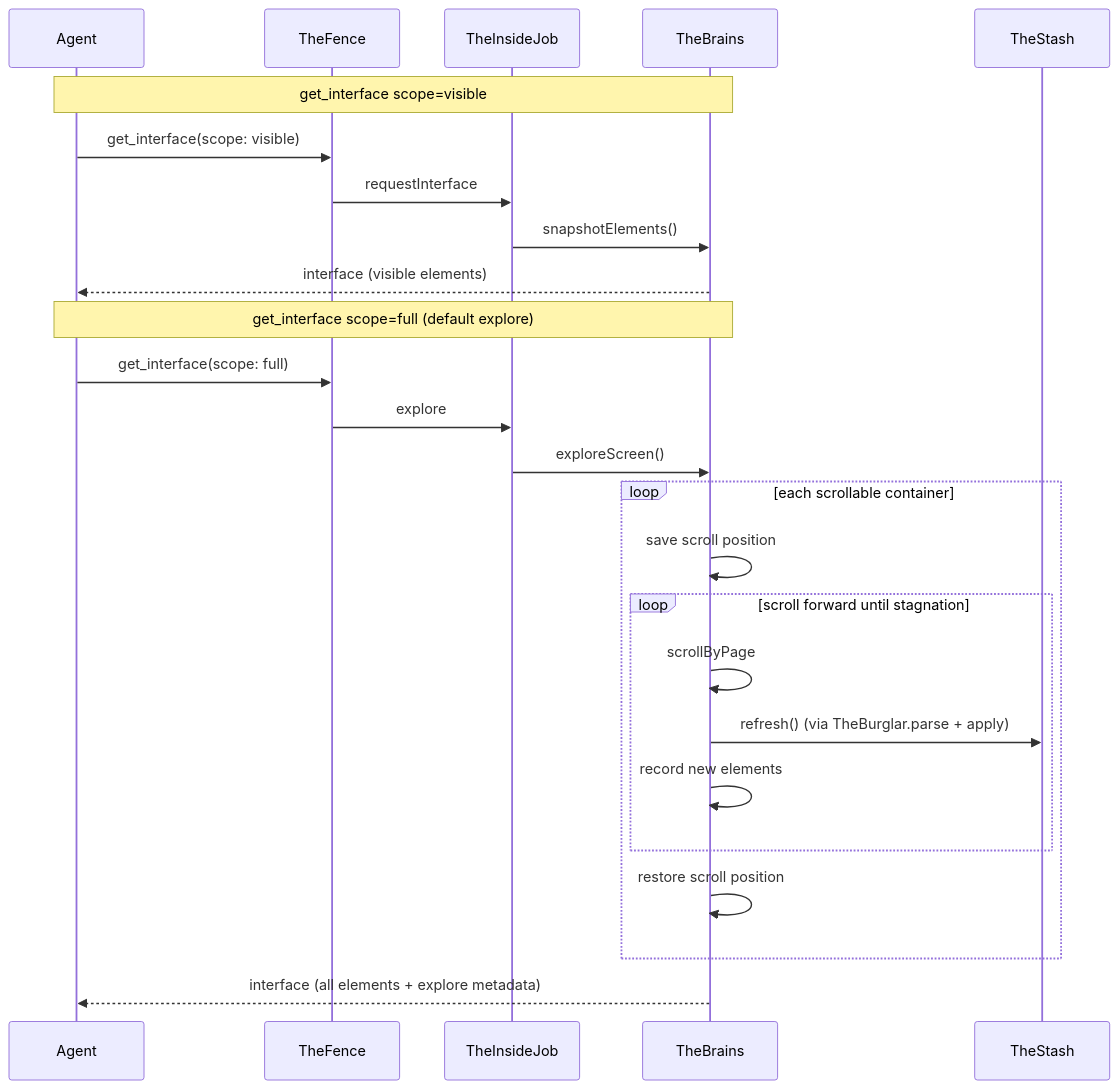
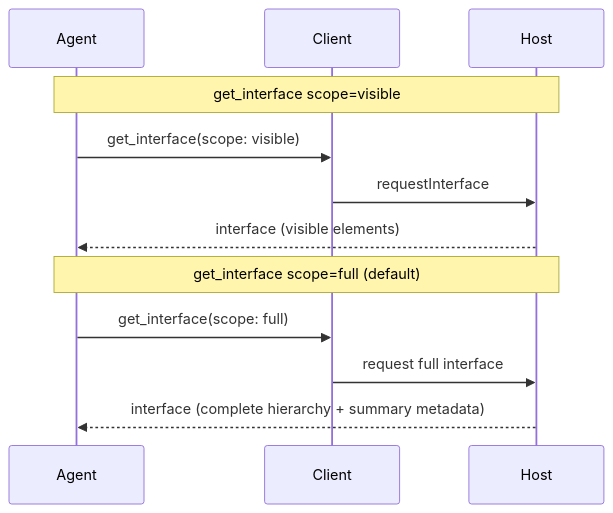
Before and after one commit to RoyalPineapple/TheButtonHeist: the second of 5 diagrams in docs/WIRE-PROTOCOL.md, drawn with Mermaid. The commit also changed other lines of this file and 13 other files, not shown here.

````diff
--- a/docs/WIRE-PROTOCOL.md
+++ b/docs/WIRE-PROTOCOL.md
@@ -911,30 +911,16 @@
 ```mermaid
 sequenceDiagram
     participant Agent
-    participant TheFence
-    participant TheInsideJob
-    participant TheBrains
+    participant Client
+    participant Host
 
-    Note over Agent,TheBrains: get_interface scope=visible
-    Agent->>TheFence: get_interface(scope: visible)
-    TheFence->>TheInsideJob: requestInterface
-    TheInsideJob->>TheBrains: snapshotElements()
-    TheBrains-->>Agent: interface (visible elements)
+    Note over Agent,Host: get_interface scope=visible
+    Agent->>Client: get_interface(scope: visible)
+    Client->>Host: requestInterface
+    Host-->>Agent: interface (visible elements)
 
-    Note over Agent,TheBrains: get_interface scope=full (default explore)
-    Agent->>TheFence: get_interface(scope: full)
-    TheFence->>TheInsideJob: explore
-    TheInsideJob->>TheBrains: exploreScreen()
-
-    loop each scrollable container
-        TheBrains->>TheBrains: save scroll position
-        loop scroll forward until stagnation
-            TheBrains->>TheBrains: scrollByPage
-            TheBrains->>TheStash: refresh() (via TheBurglar.parse + apply)
-            TheBrains->>TheBrains: record new elements
-        end
-        TheBrains->>TheBrains: restore scroll position
-    end
-
-    TheBrains-->>Agent: interface (all elements + explore metadata)
+    Note over Agent,Host: get_interface scope=full (default)
+    Agent->>Client: get_interface(scope: full)
+    Client->>Host: request full interface
+    Host-->>Agent: interface (complete hierarchy + summary metadata)
 ```
````
